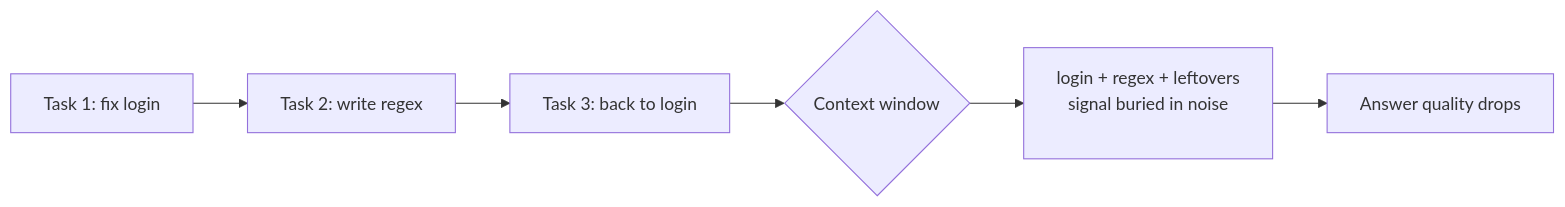
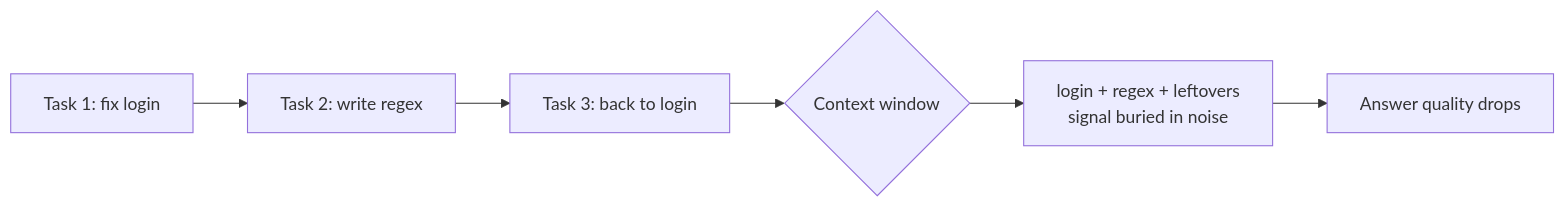
The diagram in i18n/en/docusaurus-plugin-content-docs/current/05-implementation/kitchen-sink-session.mdx (XuebinMa/AIWiki), drawn with Mermaid before and after one commit. The commit also changed 99 other files, not shown here.

First line of the commit message:
fix(mermaid): 全局根治节点文字裁切（htmlLabels:false + 清理 br/nbsp 占位）(#26)

````diff
--- a/i18n/en/docusaurus-plugin-content-docs/current/05-implementation/kitchen-sink-session.mdx
+++ b/i18n/en/docusaurus-plugin-content-docs/current/05-implementation/kitchen-sink-session.mdx
@@ -34,8 +34,8 @@
 ```mermaid
 flowchart LR
     A[Task 1: fix login] --> B[Task 2: write regex]
     B --> C[Task 3: back to login]
     C --> D{Context window}
-    D --> E["login + regex + leftovers<br/>signal buried in noise<br/>&nbsp;"]
+    D --> E["login + regex + leftovers<br/>signal buried in noise"]
     E --> F[Answer quality drops]
 ```
````
